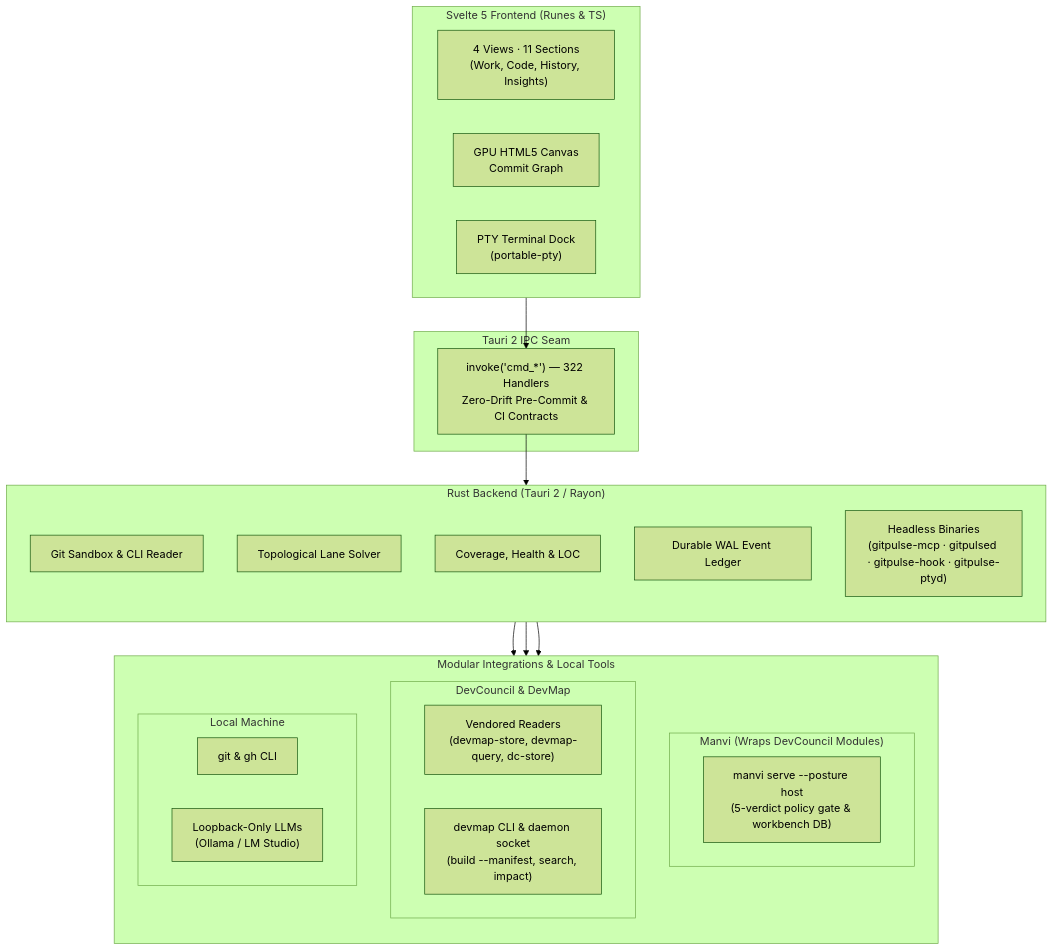
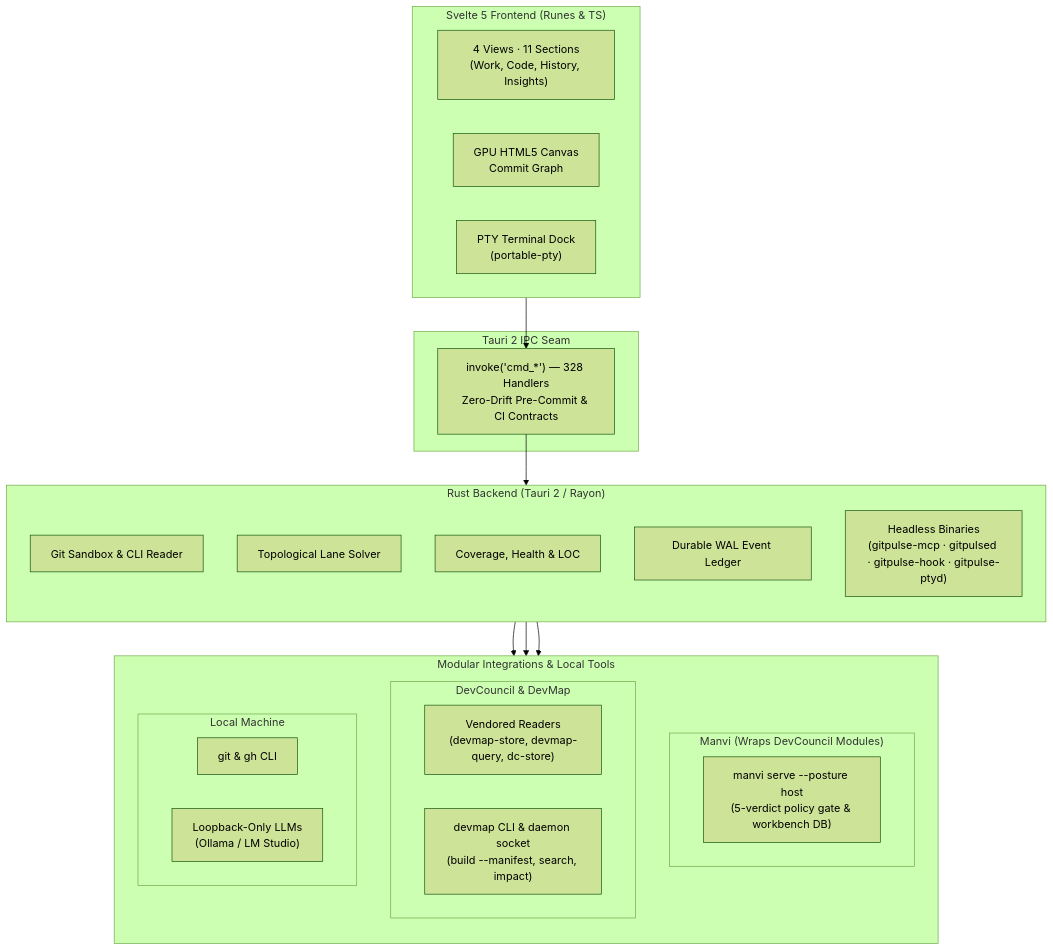
Before and after one commit to bharathvbcr/GitPulse: the diagram in README.md, drawn with Mermaid (forest theme). The commit also changed other lines of this file and 200 other files, not shown here.

````diff
--- a/README.md
+++ b/README.md
@@ -126,43 +126,43 @@
 ```mermaid
 flowchart TB
     subgraph Frontend["Svelte 5 Frontend (Runes & TS)"]
         direction LR
         Views["4 Views · 11 Sections<br/>(Work, Code, History, Insights)"]
         Canvas["GPU HTML5 Canvas<br/>Commit Graph"]
         TerminalDock["PTY Terminal Dock<br/>(portable-pty)"]
     end
 
     subgraph IPC["Tauri 2 IPC Seam"]
-        Bridge["invoke('cmd_*') — 322 Handlers<br/>Zero-Drift Pre-Commit & CI Contracts"]
+        Bridge["invoke('cmd_*') — 328 Handlers<br/>Zero-Drift Pre-Commit & CI Contracts"]
     end
 
     subgraph Backend["Rust Backend (Tauri 2 / Rayon)"]
         direction TB
         GitEngine["Git Sandbox & CLI Reader"]
         LaneSolver["Topological Lane Solver"]
         Analyzers["Coverage, Health & LOC"]
         Ledger["Durable WAL Event Ledger"]
         Headless["Headless Binaries<br/>(gitpulse-mcp · gitpulsed · gitpulse-hook · gitpulse-ptyd)"]
     end
 
     subgraph Integrations["Modular Integrations & Local Tools"]
         direction TB
         subgraph ManviWrap["Manvi (Wraps DevCouncil Modules)"]
             ManviSidecar["manvi serve --posture host<br/>(5-verdict policy gate & workbench DB)"]
         end
         subgraph DevCouncilMods["DevCouncil & DevMap"]
             Vendored["Vendored Readers<br/>(devmap-store, devmap-query, dc-store)"]
             DevMapCLI["devmap CLI & daemon socket<br/>(build --manifest, search, impact)"]
         end
         subgraph LocalTools["Local Machine"]
             CLI["git & gh CLI"]
             LocalLLM["Loopback-Only LLMs<br/>(Ollama / LM Studio)"]
         end
     end
 
     Frontend --> Bridge
     Bridge --> Backend
     Backend --> ManviWrap
     Backend --> DevCouncilMods
     Backend --> LocalTools
 ```
````
